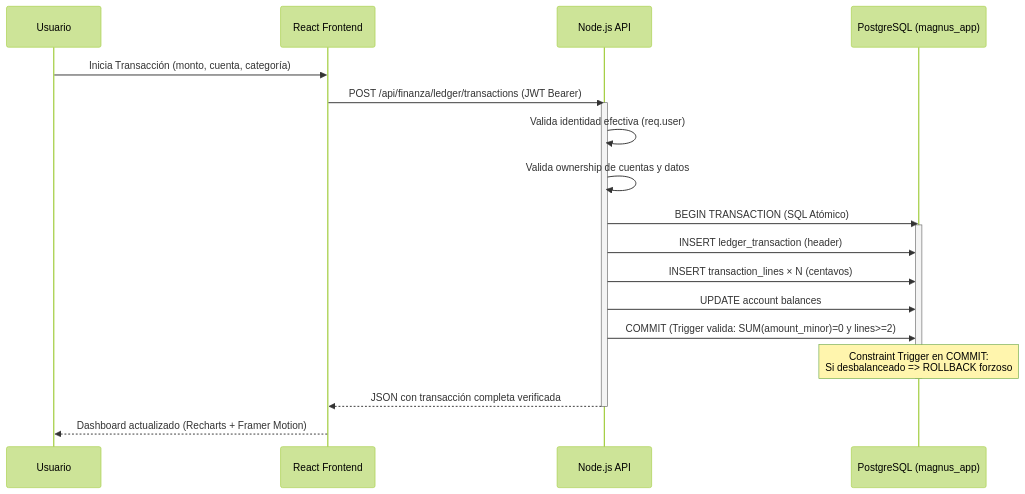
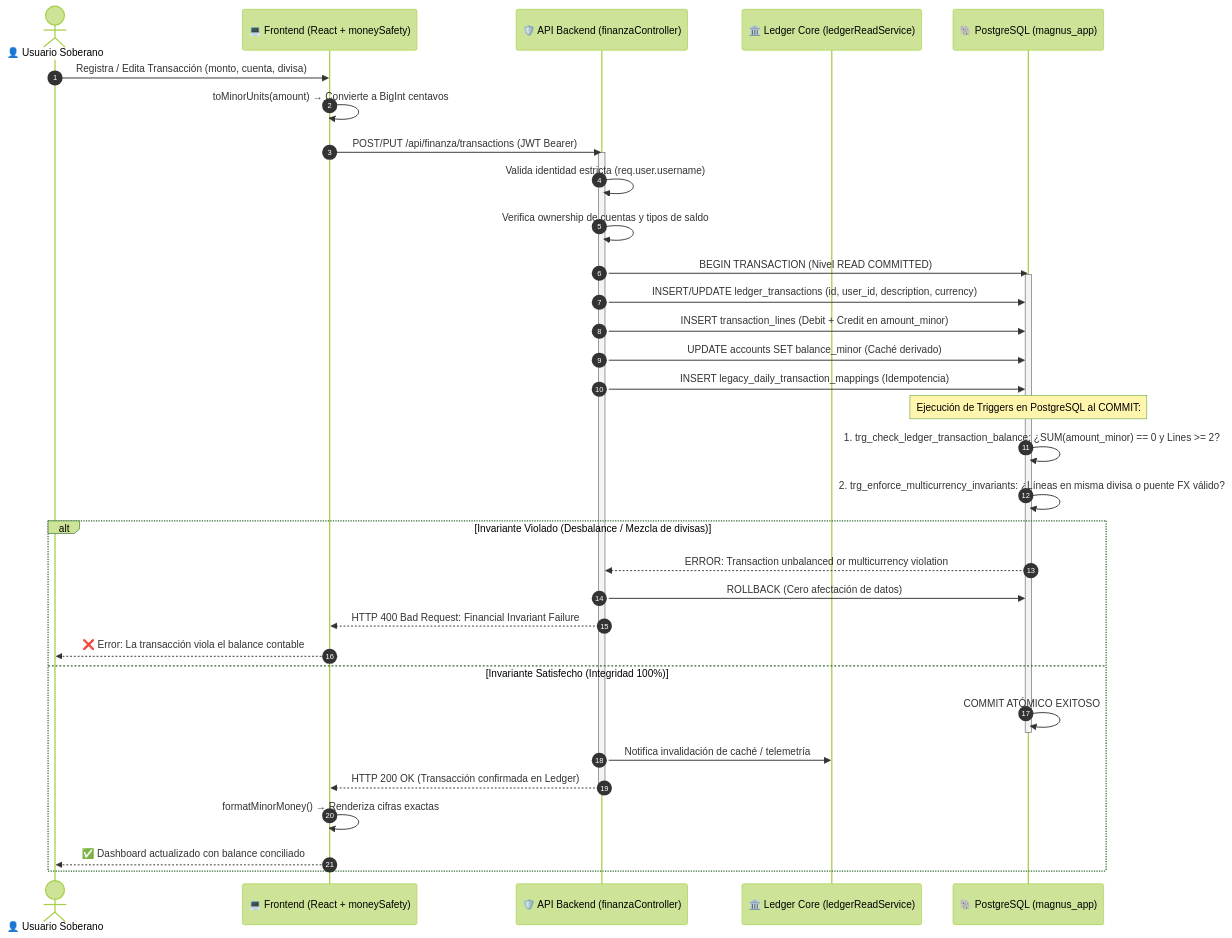
The second of 4 diagrams in README.md (YoxeLaunch/MagnusOS2), drawn with Mermaid (forest theme) before and after one commit. The commit also changed other lines of this file, not shown here.

Commit message:
docs(readme): elevate architecture documentation with Phase II diagrams, live metrics and resilience state

````diff
--- a/README.md
+++ b/README.md
@@ -153,24 +124,39 @@
 ```mermaid
 sequenceDiagram
-    participant U as Usuario
-    participant R as React Frontend
-    participant E as Node.js API
-    participant DB as PostgreSQL (magnus_app)
+    autonumber
+    actor User as 👤 Usuario Soberano
+    participant UI as 💻 Frontend (React + moneySafety)
+    participant API as 🛡️ API Backend (finanzaController)
+    participant SOT as 🏛️ Ledger Core (ledgerReadService)
+    participant DB as 🐘 PostgreSQL (magnus_app)
 
-    U->>R: Inicia Transacción (monto, cuenta, categoría)
-    R->>E: POST /api/finanza/ledger/transactions (JWT Bearer)
-    activate E
-    E->>E: Valida identidad efectiva (req.user)
-    E->>E: Valida ownership de cuentas y datos
-    E->>DB: BEGIN TRANSACTION (SQL Atómico)
+    User->>UI: Registra / Edita Transacción (monto, cuenta, divisa)
+    UI->>UI: toMinorUnits(amount) → Convierte a BigInt centavos
+    UI->>API: POST/PUT /api/finanza/transactions (JWT Bearer)
+    activate API
+    API->>API: Valida identidad estricta (req.user.username)
+    API->>API: Verifica ownership de cuentas y tipos de saldo
+    API->>DB: BEGIN TRANSACTION (Nivel READ COMMITTED)
     activate DB
-    E->>DB: INSERT ledger_transaction (header)
-    E->>DB: INSERT transaction_lines × N (centavos)
-    E->>DB: UPDATE account balances
-    E->>DB: COMMIT (Trigger valida: SUM(amount_minor)=0 y lines>=2)
-    Note over DB: Constraint Trigger en COMMIT:<br/>Si desbalanceado => ROLLBACK forzoso
-    deactivate DB
-    E-->>R: JSON con transacción completa verificada
-    deactivate E
-    R-->>U: Dashboard actualizado (Recharts + Framer Motion)
+    API->>DB: INSERT/UPDATE ledger_transactions (id, user_id, description, currency)
+    API->>DB: INSERT transaction_lines (Debit + Credit en amount_minor)
+    API->>DB: UPDATE accounts SET balance_minor (Caché derivado)
+    API->>DB: INSERT legacy_daily_transaction_mappings (Idempotencia)
+    Note over DB: Ejecución de Triggers en PostgreSQL al COMMIT:
+    DB->>DB: 1. trg_check_ledger_transaction_balance: ¿SUM(amount_minor) == 0 y Lines >= 2?
+    DB->>DB: 2. trg_enforce_multicurrency_invariants: ¿Líneas en misma divisa o puente FX válido?
+    alt Invariante Violado (Desbalance / Mezcla de divisas)
+        DB-->>API: ERROR: Transaction unbalanced or multicurrency violation
+        API->>DB: ROLLBACK (Cero afectación de datos)
+        API-->>UI: HTTP 400 Bad Request: Financial Invariant Failure
+        UI-->>User: ❌ Error: La transacción viola el balance contable
+    else Invariante Satisfecho (Integridad 100%)
+        DB->>DB: COMMIT ATÓMICO EXITOSO
+        deactivate DB
+        API->>SOT: Notifica invalidación de caché / telemetría
+        API-->>UI: HTTP 200 OK (Transacción confirmada en Ledger)
+        deactivate API
+        UI->>UI: formatMinorMoney() → Renderiza cifras exactas
+        UI-->>User: ✅ Dashboard actualizado con balance conciliado
+    end
 ```
````
